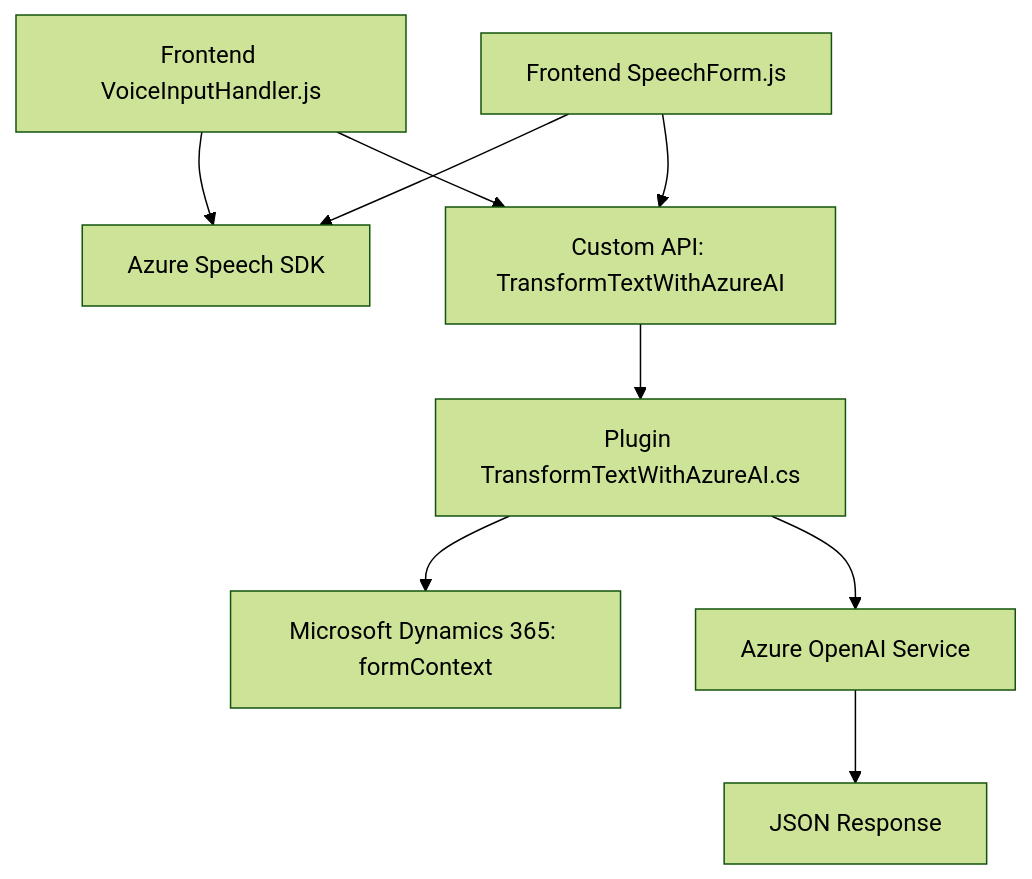
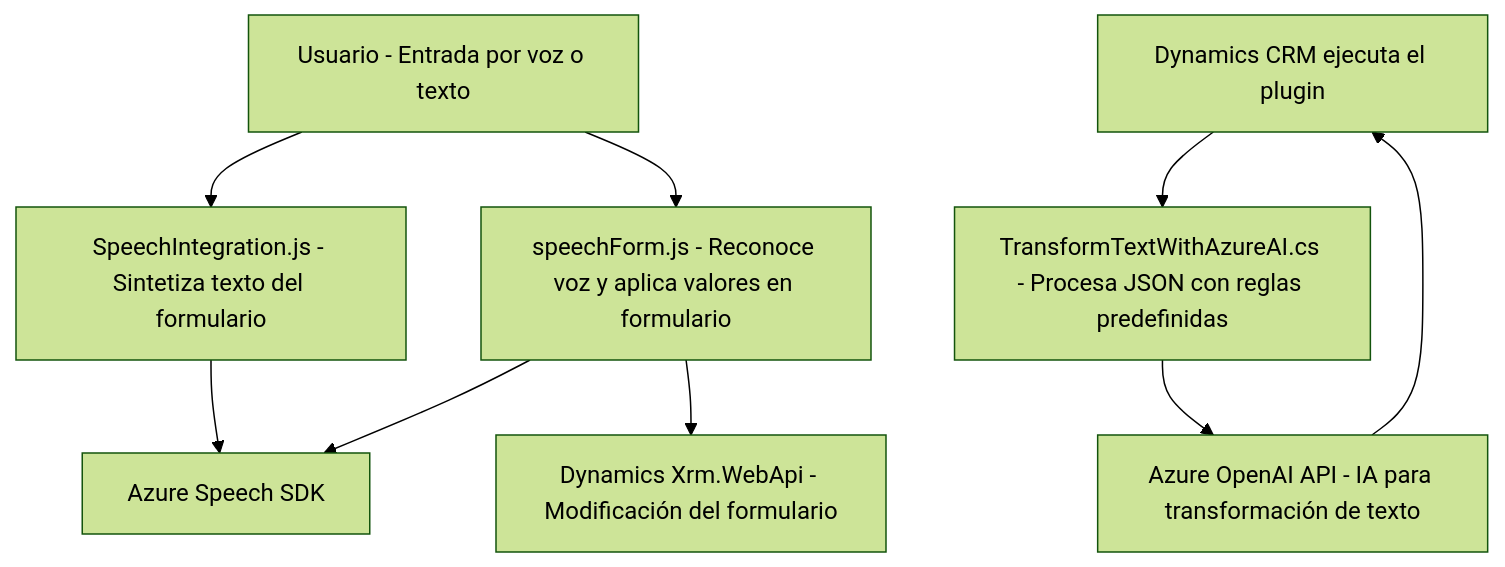
One commit to blopezdm/NETCORE_BILBAO2025 changed the diagram in README.md. Above: the diagram before and after it, drawn with Mermaid (forest theme). The commit also changed other lines of this file, not shown here.

Commit message:
Actualizar análisis global de la solución con IA

````diff
--- a/README.md
+++ b/README.md
@@ -59,11 +52,14 @@
 ```mermaid
 graph TD
-    B["Frontend VoiceInputHandler.js"] --> D["Azure Speech SDK"]
-    C["Frontend SpeechForm.js"] --> D
-    C --> E["Custom API: TransformTextWithAzureAI"]
-    B --> E
-    E --> F["Plugin TransformTextWithAzureAI.cs"]
-    F --> G["Microsoft Dynamics 365: formContext"]
-    F --> H["Azure OpenAI Service"]
-    H --> I["JSON Response"]
+    A["Usuario - Interacción con formulario dinámico"] --> B["SpeechIntegration.js - Sintetiza texto del formulario"]
+    A["Usuario - Entrada por voz o texto"] --> C["speechForm.js - Reconoce voz y aplica valores en formulario"]
+
+    B --> D["Azure Speech SDK"]
+    C --> D
+
+    C --> E["Dynamics Xrm.WebApi - Modificación del formulario"]
+
+    G["Dynamics CRM ejecuta el plugin"] --> F["TransformTextWithAzureAI.cs - Procesa JSON con reglas predefinidas"]
+    F --> H["Azure OpenAI API - IA para transformación de texto"]
+    H --> G
 ```
````
